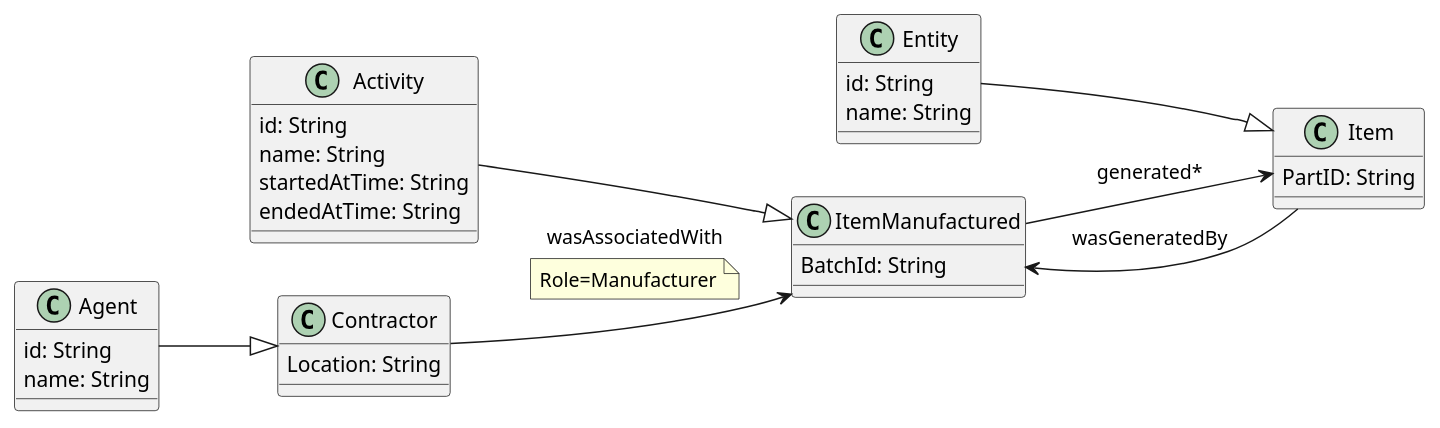
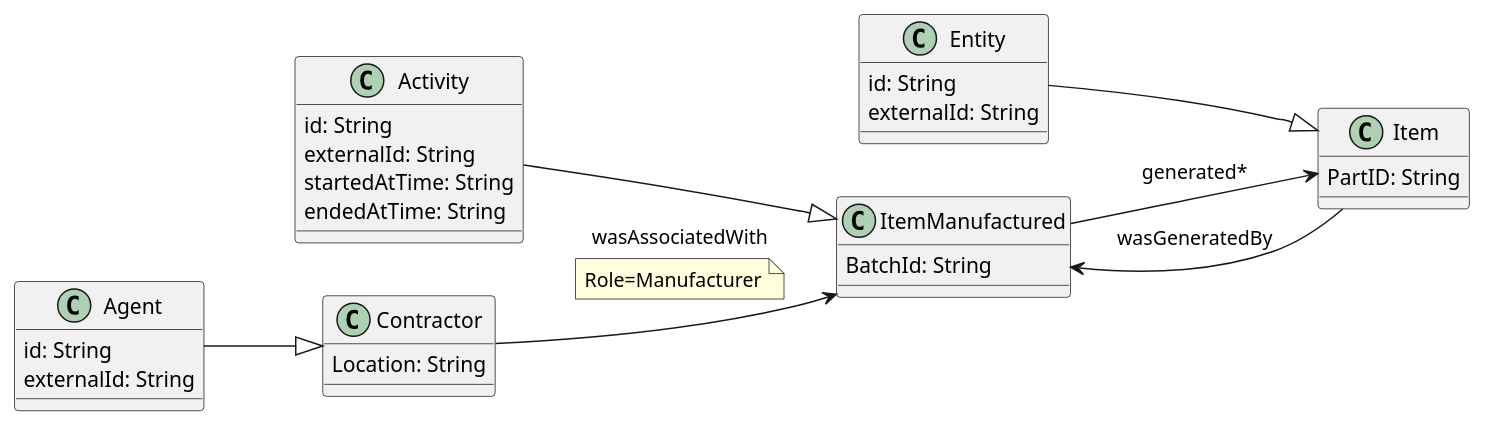
Before and after one commit to chronicleworks/chronicle-examples: the diagram in domains/manufacturing/diagrams/ItemManufactured.puml, drawn with PlantUML. The commit also changed 3 other files, not shown here.

Commit message:
fix: change name to externalId in diagrams

```diff
--- a/domains/manufacturing/diagrams/ItemManufactured.puml
+++ b/domains/manufacturing/diagrams/ItemManufactured.puml
@@ -1,38 +1,38 @@
 @startuml
 
 left to right direction
 
 class Contractor
 Contractor : Location: String
 
 class Item
 Item : PartID: String
 
 class ItemManufactured
 ItemManufactured : BatchId: String
 
 class Agent
 Agent : id: String
-Agent : name: String
+Agent : externalId: String
 
 class Entity
 Entity : id: String
-Entity : name: String
+Entity : externalId: String
 
 class Activity
 Activity : id: String
-Activity : name: String
+Activity : externalId: String
 Activity : startedAtTime: String
 Activity : endedAtTime: String
 
 Contractor --> ItemManufactured : wasAssociatedWith
 note on link: Role=Manufacturer
 
 Item --> ItemManufactured : wasGeneratedBy
 ItemManufactured --> Item : generated*
 
 Agent --|> Contractor
 Entity --|> Item
 Activity --|> ItemManufactured
 
 @enduml
```
